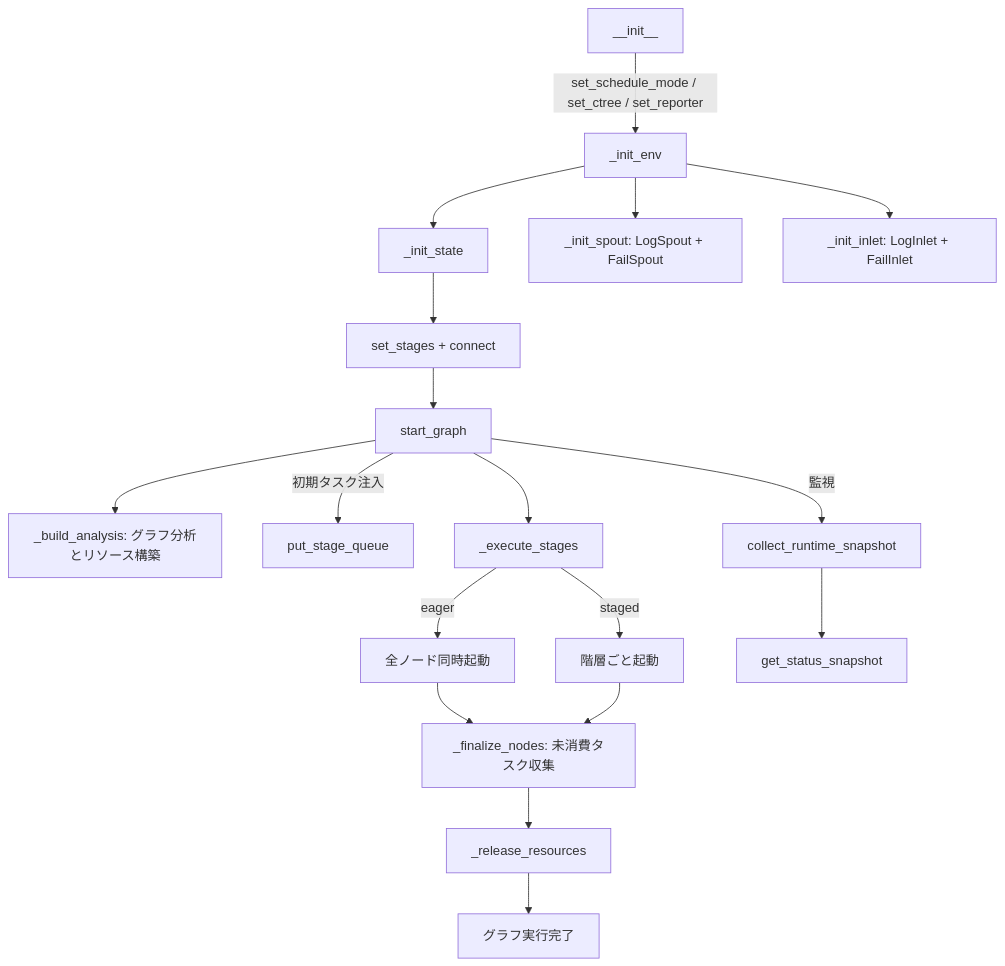
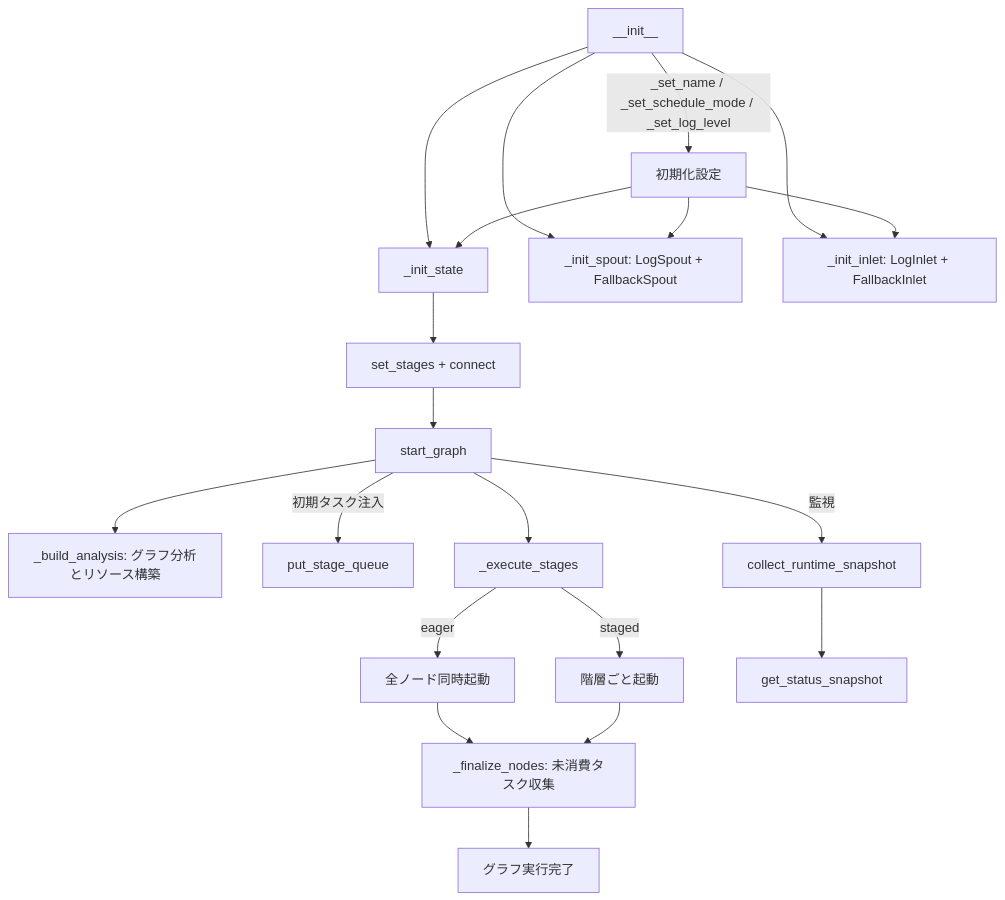
The diagram in docs/ja/src/graph/core_graph.md (Mr-xiaotian/CelestialFlow), drawn with Mermaid before and after one commit. The commit also changed other lines of this file and 156 other files, not shown here.

````diff
--- a/docs/ja/src/graph/core_graph.md
+++ b/docs/ja/src/graph/core_graph.md
@@ -217,21 +217,23 @@
 ```mermaid
 flowchart TD
-    INIT[__init__] -->|set_schedule_mode / set_ctree / set_reporter| ENV[_init_env]
-    ENV --> STATE[_init_state]
-    ENV --> SPOUT[_init_spout: LogSpout + FailSpout]
-    ENV --> INLET[_init_inlet: LogInlet + FailInlet]
+    INIT[__init__] -->|_set_name / _set_schedule_mode / _set_log_level| SET[初期化設定]
+    INIT --> STATE[_init_state]
+    INIT --> SPOUT[_init_spout: LogSpout + FallbackSpout]
+    INIT --> INLET[_init_inlet: LogInlet + FallbackInlet]
+    SET --> STATE
+    SET --> SPOUT
+    SET --> INLET
     STATE --> BUILD[set_stages + connect]
     BUILD --> START[start_graph]
     START --> ANALYSIS[_build_analysis: グラフ分析とリソース構築]
     START -->|初期タスク注入| PUT[put_stage_queue]
     START --> EXEC[_execute_stages]
     EXEC -->|eager| ALL[全ノード同時起動]
     EXEC -->|staged| LAYER[階層ごと起動]
     ALL --> FINALIZE[_finalize_nodes: 未消費タスク収集]
     LAYER --> FINALIZE
-    FINALIZE --> RELEASE[_release_resources]
-    RELEASE --> END[グラフ実行完了]
+    FINALIZE --> END[グラフ実行完了]
     
     START -->|監視| SNAPSHOT[collect_runtime_snapshot]
     SNAPSHOT --> STATUS[get_status_snapshot]
 ```
````
